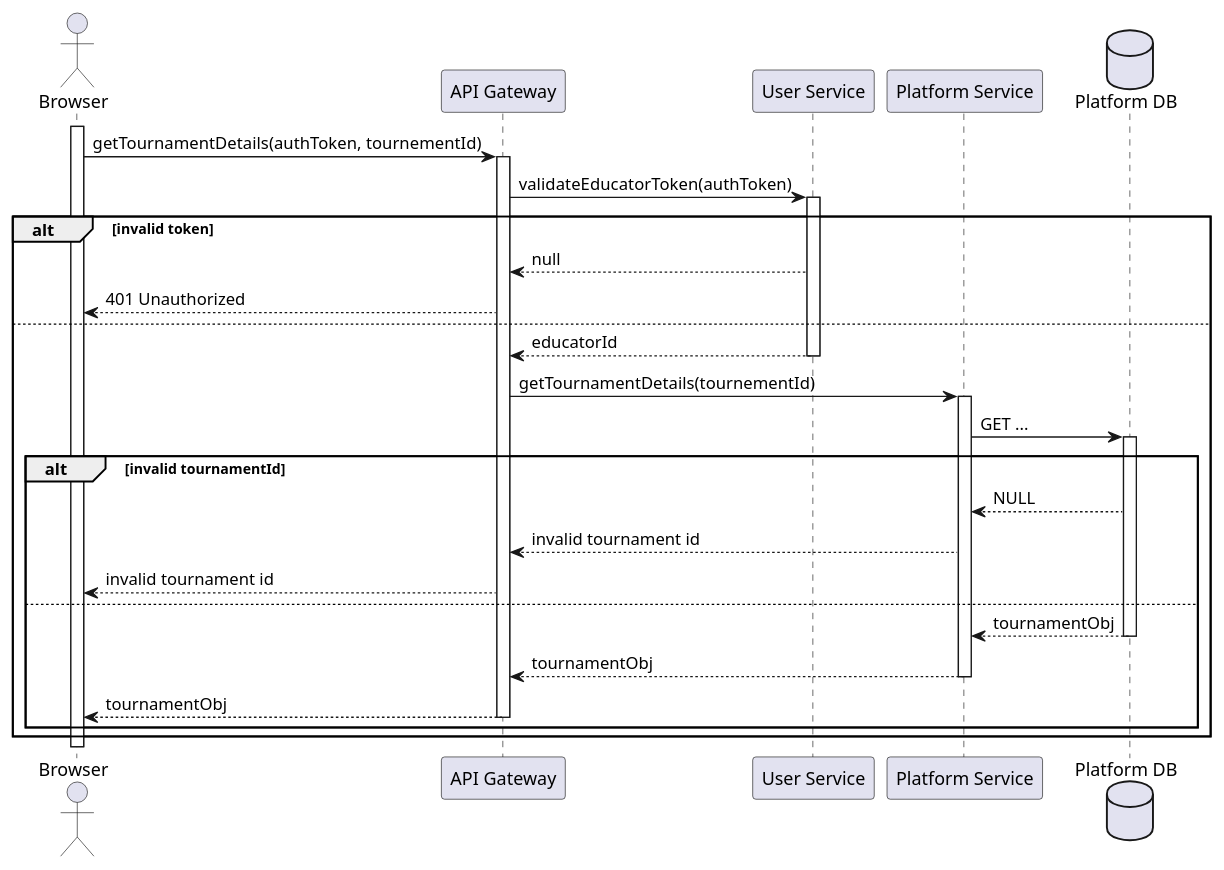
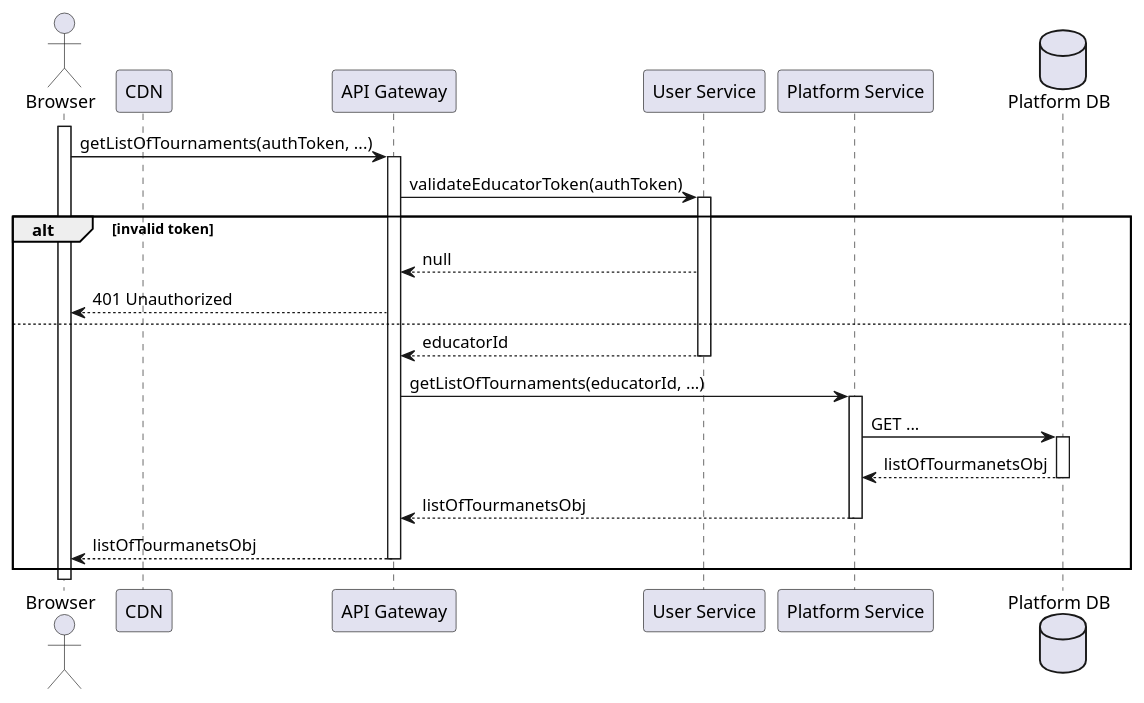
One commit to Furrrlo/CodeKataBattle changed the diagram in dd/puml/rw0.2.puml. Above: the diagram before and after it, drawn with PlantUML. The commit also changed 5 other files, not shown here.

```diff
--- a/dd/puml/rw0.2.puml
+++ b/dd/puml/rw0.2.puml
@@ -1,36 +1,27 @@
-@startuml RW0.2 - User gets tournament details
+@startuml RW0.2 - User gets list of tournaments
 
 actor Browser
-
+participant CDN
 participant "API Gateway" as gateway
 participant "User Service" as auth
 
 participant "Platform Service" as platform
 database "Platform DB" as platformDb
 
 activate Browser
 
-Browser -> gateway ++ : getTournamentDetails(authToken, tournementId)
+Browser -> gateway ++ : getListOfTournaments(authToken, ...)
 gateway -> auth ++ : validateEducatorToken(authToken)
 alt invalid token
     gateway <-- auth : null
     Browser <-- gateway : 401 Unauthorized
 else
     gateway <-- auth -- : educatorId
-    gateway -> platform ++ : getTournamentDetails(tournementId)
-
+    gateway -> platform ++ : getListOfTournaments(educatorId, ...)
     platform -> platformDb ++ : GET ...
-
-    alt invalid tournamentId
-        platform <-- platformDb : NULL
-        gateway <-- platform : invalid tournament id
-        Browser <-- gateway : invalid tournament id
-    else
-        platform <-- platformDb -- : tournamentObj
-        gateway <-- platform -- : tournamentObj
-        Browser <-- gateway -- : tournamentObj
-    end
+    platform <-- platformDb -- : listOfTourmanetsObj
+    gateway <-- platform -- : listOfTourmanetsObj
+    Browser <-- gateway -- : listOfTourmanetsObj
 end
 
-
 @enduml
```
